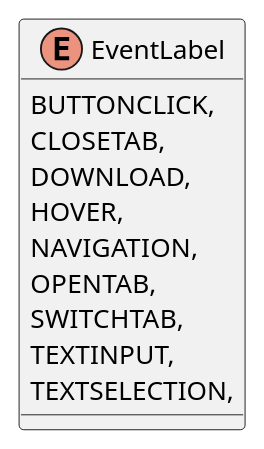
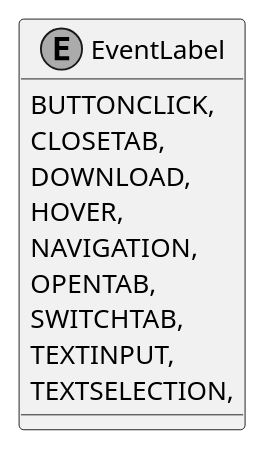
The diagram in application/plantuml/Modules/WebBrowser/EventLabel.puml (insightmind/MORR), drawn with PlantUML before and after one commit. The commit also changed 14 other files, not shown here.

```diff
--- a/application/plantuml/Modules/WebBrowser/EventLabel.puml
+++ b/application/plantuml/Modules/WebBrowser/EventLabel.puml
@@ -1,13 +1,15 @@
 @startuml
+skinparam monochrome true
+skinparam ClassAttributeIconSize 0
 enum EventLabel {
     BUTTONCLICK,
     CLOSETAB,
     DOWNLOAD,
     HOVER,
     NAVIGATION,
     OPENTAB,
     SWITCHTAB,
     TEXTINPUT,
     TEXTSELECTION,
 }
 @enduml
```
